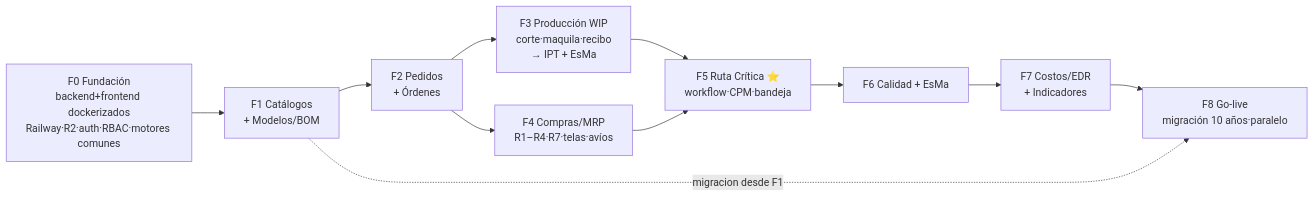
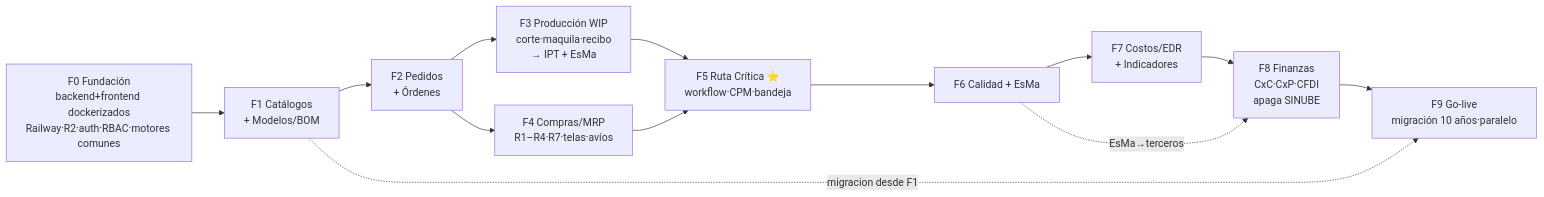
One commit to DanFrModa/Respaldo-Control-CLAUDE changed the third of 3 diagrams in PLANMAESTRO.md. Above: the diagram before and after it, drawn with Mermaid. The commit also changed other lines of this file and 18 other files, not shown here.

````diff
--- a/PLANMAESTRO.md
+++ b/PLANMAESTRO.md
@@ -266,13 +271,15 @@
 ```mermaid
 flowchart LR
     F0[F0 Fundación<br/>backend+frontend dockerizados<br/>Railway·R2·auth·RBAC·motores comunes] --> F1[F1 Catálogos<br/>+ Modelos/BOM]
     F1 --> F2[F2 Pedidos<br/>+ Órdenes]
     F2 --> F3[F3 Producción WIP<br/>corte·maquila·recibo<br/>→ IPT + EsMa]
     F2 --> F4[F4 Compras/MRP<br/>R1–R4·R7·telas·avíos]
     F3 --> F5[F5 Ruta Crítica ⭐<br/>workflow·CPM·bandeja]
     F4 --> F5
     F5 --> F6[F6 Calidad + EsMa]
     F6 --> F7[F7 Costos/EDR<br/>+ Indicadores]
-    F7 --> F8[F8 Go-live<br/>migración 10 años·paralelo]
-    F1 -.migracion desde F1.-> F8
+    F7 --> F8[F8 Finanzas<br/>CxC·CxP·CFDI<br/>apaga SINUBE]
+    F8 --> F9[F9 Go-live<br/>migración 10 años·paralelo]
+    F6 -. EsMa→terceros .-> F8
+    F1 -.migracion desde F1.-> F9
 ```
````
